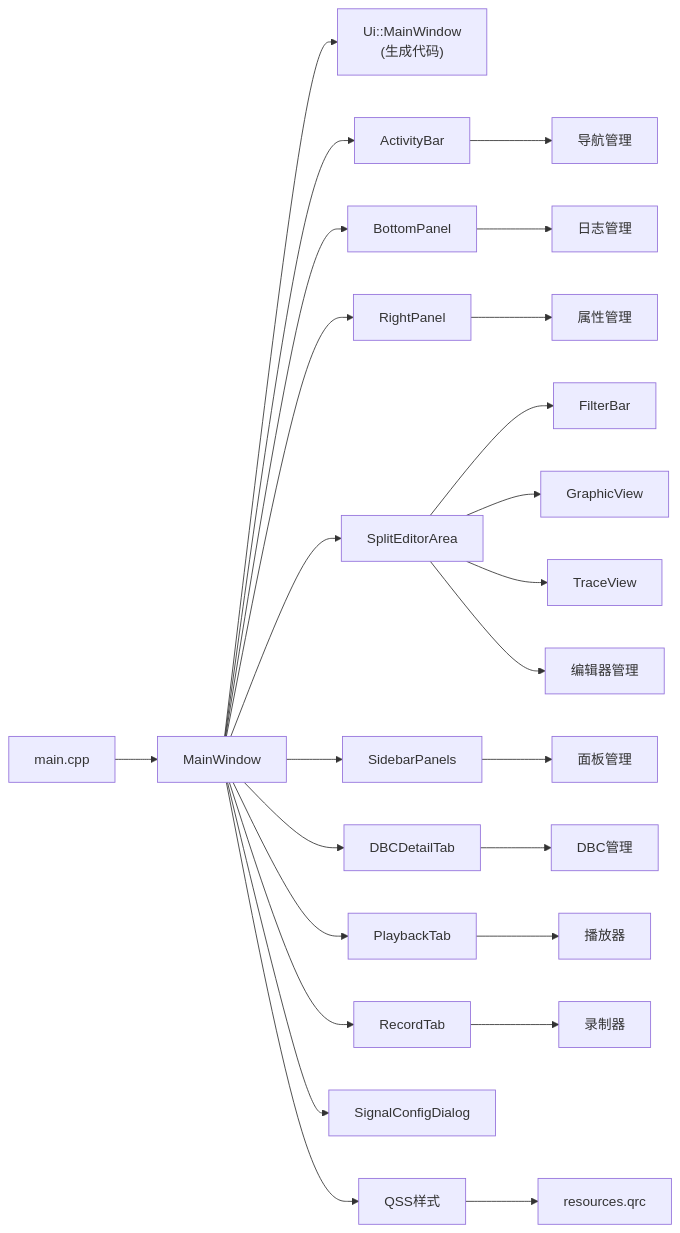
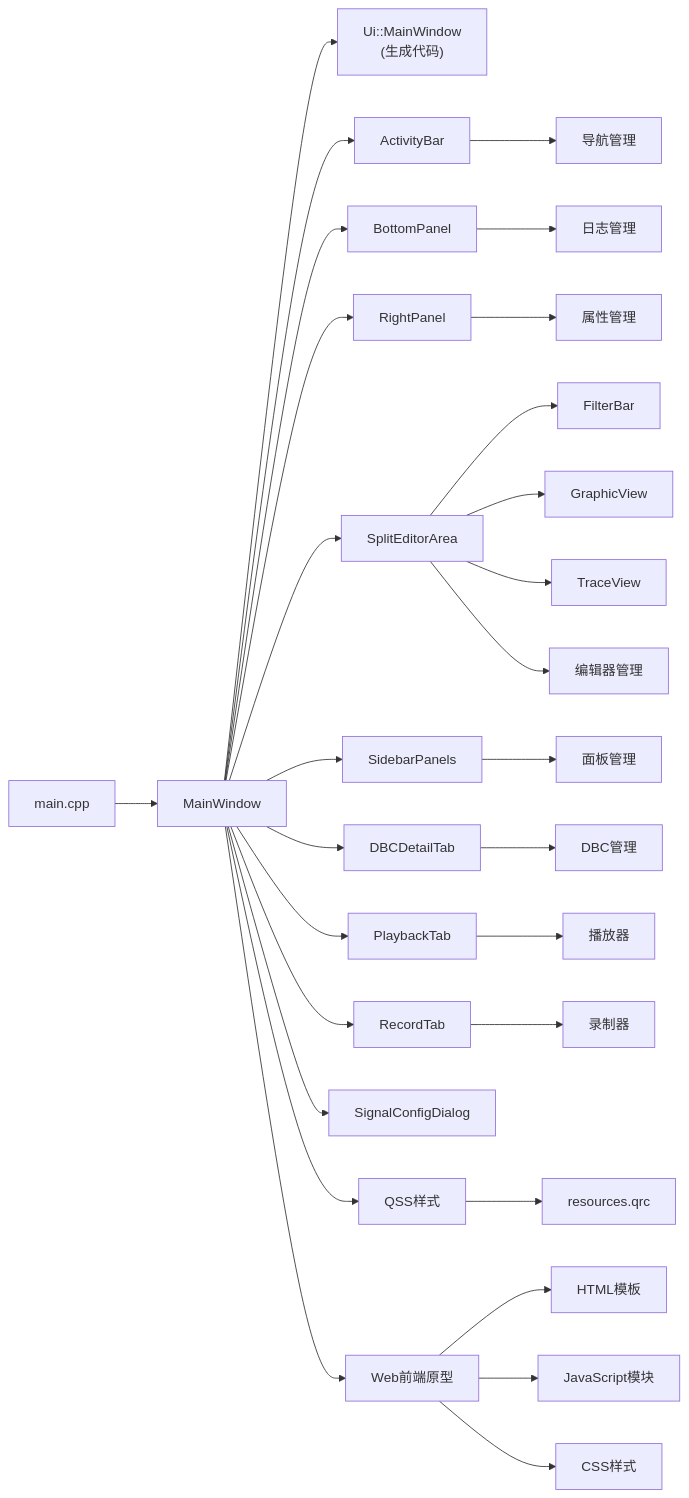
One commit to jakecai1225-design/OpenBus changed diagram 21 of 21 in .qoder/repowiki/zh/content/架构设计/UI系统设计/UI系统设计.md. Above: the diagram before and after it, drawn with Mermaid. The commit also changed other lines of this file and 59 other files, not shown here.

````diff
--- a/.qoder/repowiki/zh/content/架构设计/UI系统设计/UI系统设计.md
+++ b/.qoder/repowiki/zh/content/架构设计/UI系统设计/UI系统设计.md
@@ -1048,27 +1059,31 @@
 ```mermaid
 graph LR
 Main["main.cpp"] --> MW["MainWindow"]
 MW --> UI["Ui::MainWindow<br/>(生成代码)"]
 MW --> AB["ActivityBar"]
 MW --> BP["BottomPanel"]
 MW --> RP["RightPanel"]
 MW --> SEA["SplitEditorArea"]
 MW --> SBP["SidebarPanels"]
 MW --> DBCT["DBCDetailTab"]
 MW --> PB["PlaybackTab"]
 MW --> RT["RecordTab"]
 SEA --> FB["FilterBar"]
 SEA --> GV["GraphicView"]
 SEA --> TV["TraceView"]
 MW --> SCD["SignalConfigDialog"]
 MW --> QSS["QSS样式"]
 QSS --> QRC["resources.qrc"]
 AB --> Navigation["导航管理"]
 BP --> Logging["日志管理"]
 RP --> Properties["属性管理"]
 SEA --> Editors["编辑器管理"]
 SBP --> Panels["面板管理"]
 DBCT --> DBC["DBC管理"]
 PB --> Player["播放器"]
 RT --> Recorder["录制器"]
+MW --> Web["Web前端原型"]
+Web --> HTML["HTML模板"]
+Web --> JS["JavaScript模块"]
+Web --> CSS["CSS样式"]
 ```
````
